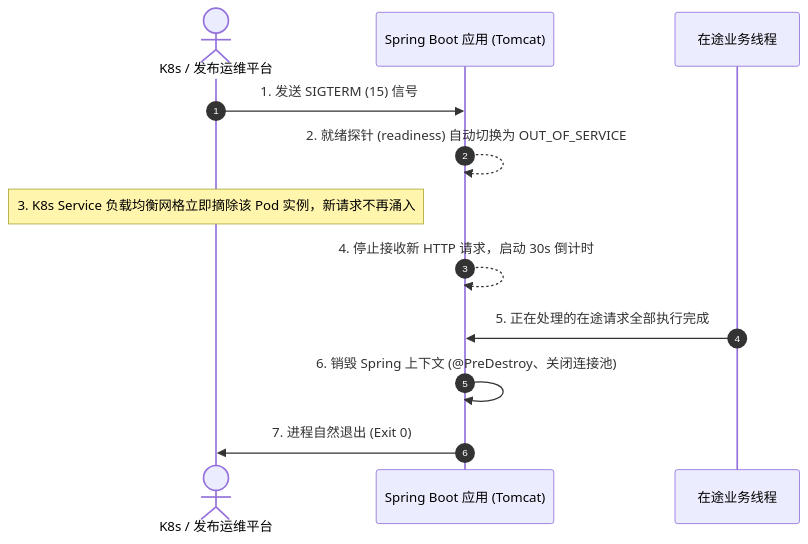
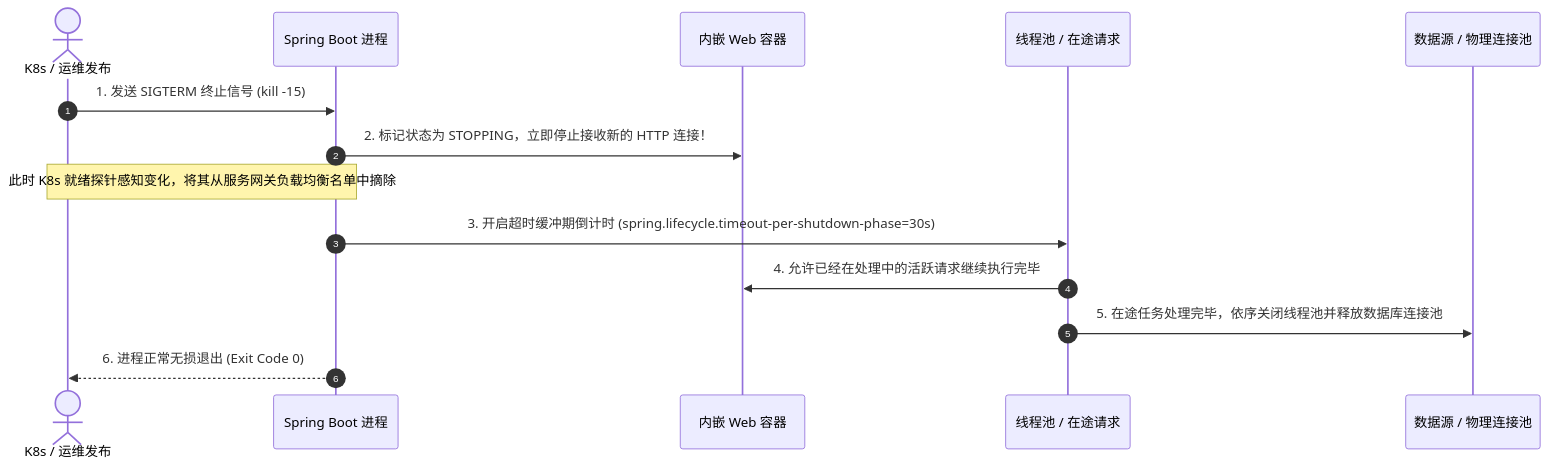
The third of 3 diagrams in 20-Java后端/04-Spring生态/14-SpringBoot生产运维与Actuator.md (GuoWWWX/knowledge-base), drawn with Mermaid before and after one commit. The commit also changed other lines of this file and 1 other file, not shown here.

Commit message:
docs(spring): 深度重构 Spring Boot 启动流程与生产运维 Actuator（补齐7大启动事件、Tomcat延迟开端口、K8s探针与无损停机）

````diff
--- a/20-Java后端/04-Spring生态/14-SpringBoot生产运维与Actuator.md
+++ b/20-Java后端/04-Spring生态/14-SpringBoot生产运维与Actuator.md
@@ -162,15 +156,19 @@
 ```mermaid
 sequenceDiagram
     autonumber
-    actor K8s as K8s / 发布运维平台
-    participant App as Spring Boot 应用 (Tomcat)
-    participant Worker as 在途业务线程
+    actor K8s as K8s / 运维发布
+    participant App as Spring Boot 进程
+    participant Tomcat as 内嵌 Web 容器
+    participant Queue as 线程池 / 在途请求
+    participant DB as 数据源 / 物理连接池
 
-    K8s->>App: 1. 发送 SIGTERM (15) 信号
-    App-->>App: 2. 就绪探针 (readiness) 自动切换为 OUT_OF_SERVICE
-    Note over K8s: 3. K8s Service 负载均衡网格立即摘除该 Pod 实例，新请求不再涌入
-    App-->>App: 4. 停止接收新 HTTP 请求，启动 30s 倒计时
-    Worker->>App: 5. 正在处理的在途请求全部执行完成
-    App->>App: 6. 销毁 Spring 上下文 (@PreDestroy、关闭连接池)
-    App->>K8s: 7. 进程自然退出 (Exit 0)
+    K8s->>App: 1. 发送 SIGTERM 终止信号 (kill -15)
+    App->>Tomcat: 2. 标记状态为 STOPPING，立即停止接收新的 HTTP 连接！
+    Note over App, K8s: 此时 K8s 就绪探针感知变化，将其从服务网关负载均衡名单中摘除
+    
+    App->>Queue: 3. 开启超时缓冲期倒计时 (spring.lifecycle.timeout-per-shutdown-phase=30s)
+    Queue->>Tomcat: 4. 允许已经在处理中的活跃请求继续执行完毕
+    
+    Queue->>DB: 5. 在途任务处理完毕，依序关闭线程池并释放数据库连接池
+    App-->>K8s: 6. 进程正常无损退出 (Exit Code 0)
 ```
````
